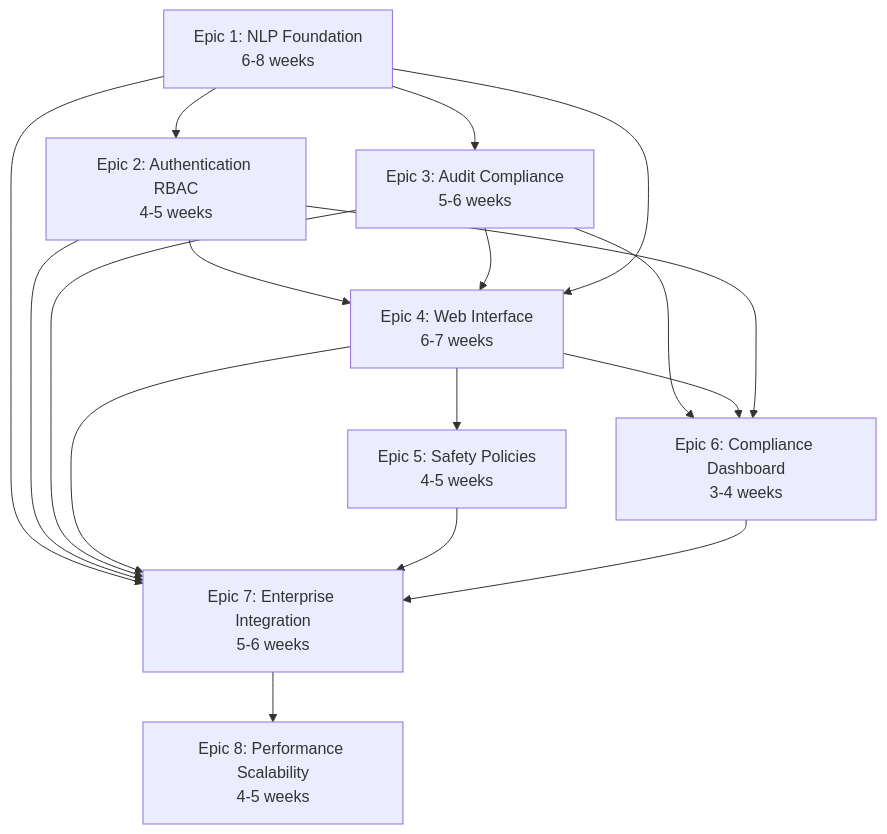
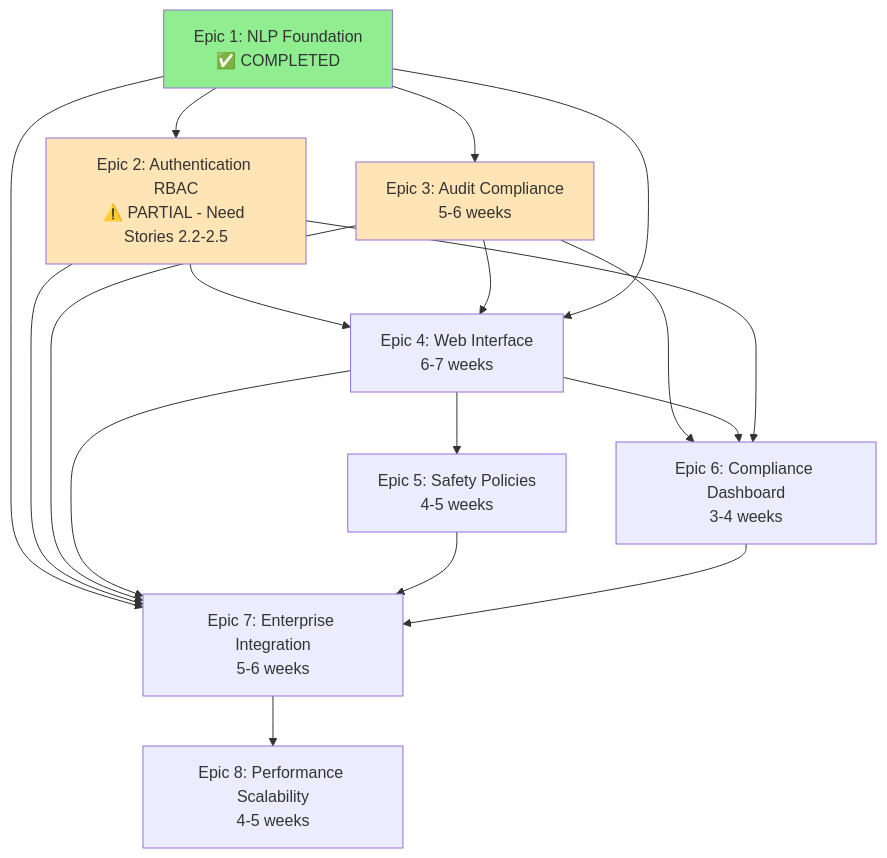
Before and after one commit to pramodksahoo/kube-chat: the diagram in docs/epics/EPIC-ROADMAP.md, drawn with Mermaid. The commit also changed other lines of this file and 88 other files, not shown here.

````diff
--- a/docs/epics/EPIC-ROADMAP.md
+++ b/docs/epics/EPIC-ROADMAP.md
@@ -14,19 +18,26 @@
 ```mermaid
 graph TB
-    Epic1[Epic 1: NLP Foundation<br/>6-8 weeks] --> Epic2[Epic 2: Authentication RBAC<br/>4-5 weeks]
+    Epic1[Epic 1: NLP Foundation<br/>✅ COMPLETED] --> Epic2[Epic 2: Authentication RBAC<br/>⚠️ PARTIAL - Need Stories 2.2-2.5]
     Epic1 --> Epic3[Epic 3: Audit Compliance<br/>5-6 weeks]
     Epic2 --> Epic4[Epic 4: Web Interface<br/>6-7 weeks]
     Epic3 --> Epic4
     Epic1 --> Epic4
     Epic4 --> Epic5[Epic 5: Safety Policies<br/>4-5 weeks]
     Epic3 --> Epic6[Epic 6: Compliance Dashboard<br/>3-4 weeks]
     Epic4 --> Epic6
     Epic2 --> Epic6
     Epic1 --> Epic7[Epic 7: Enterprise Integration<br/>5-6 weeks]
     Epic2 --> Epic7
     Epic3 --> Epic7
     Epic4 --> Epic7
     Epic5 --> Epic7
     Epic6 --> Epic7
     Epic7 --> Epic8[Epic 8: Performance Scalability<br/>4-5 weeks]
+    
+    classDef completed fill:#90EE90;
+    classDef partial fill:#FFB347;
+    classDef priority fill:#FFE4B5;
+    class Epic1 completed;
+    class Epic2 partial;
+    class Epic2,Epic3 priority;
 ```
````
